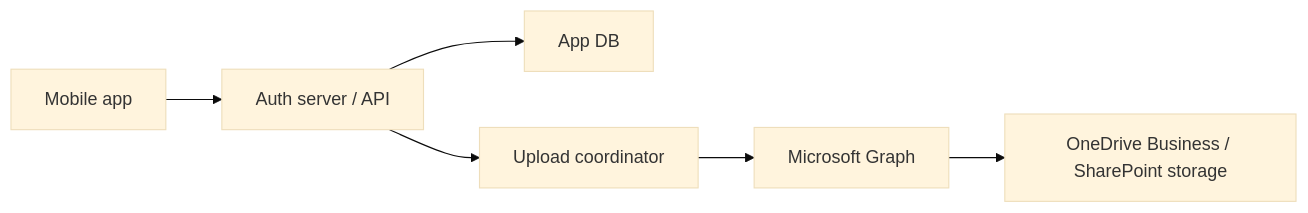
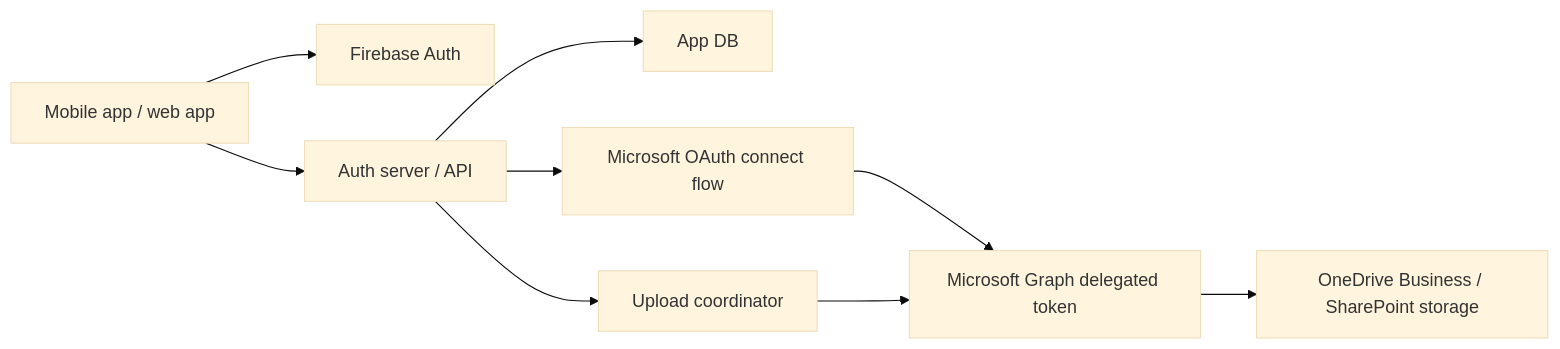
The diagram in README.md (maruwtc/maru-photo), drawn with Mermaid (base theme) before and after one commit. The commit also changed other lines of this file and 1 other file, not shown here.

Commit message:
doc: Update README and architecture documentation for clarity and current implementation details

````diff
--- a/README.md
+++ b/README.md
@@ -42,8 +38,11 @@
 ```mermaid
 flowchart LR
-    A["Mobile app"] --> B["Auth server / API"]
-    B --> C["App DB"]
-    B --> D["Upload coordinator"]
-    D --> E["Microsoft Graph"]
-    E --> F["OneDrive Business / SharePoint storage"]
+    A["Mobile app / web app"] --> B["Firebase Auth"]
+    A --> C["Auth server / API"]
+    C --> D["App DB"]
+    C --> E["Microsoft OAuth connect flow"]
+    C --> F["Upload coordinator"]
+    E --> G["Microsoft Graph delegated token"]
+    F --> G
+    G --> H["OneDrive Business / SharePoint storage"]
 ```
````
